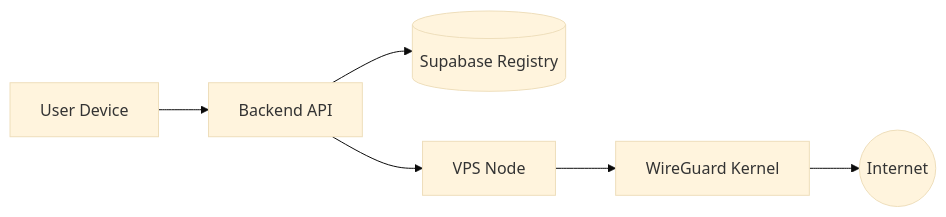
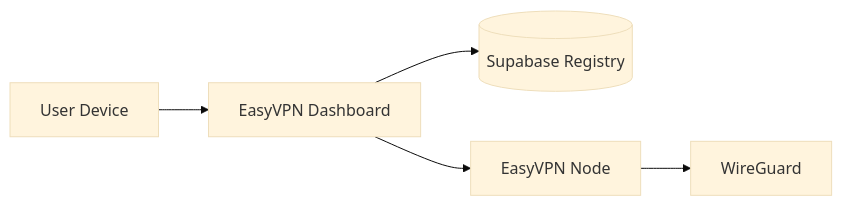
Before and after one commit to Erebus9456/EasyVPN-Backend: the first of 2 diagrams in README.md, drawn with Mermaid (base theme). The commit also changed other lines of this file and 2 other files, not shown here.

Commit message:
docs: update README for clarity and improved descriptions of EasyVPN features and architecture

````diff
--- a/README.md
+++ b/README.md
@@ -63,15 +56,14 @@
 ```mermaid
 flowchart LR
 
     User[User Device]
-    API[Backend API]
-    DB[(Supabase Registry)]
-    VPS[VPS Node]
-    WG[WireGuard Kernel]
+    Dashboard[EasyVPN Dashboard]
+    Registry[(Supabase Registry)]
+    VPS[EasyVPN Node]
+    WG[WireGuard]
 
-    User --> API
-    API --> DB
-    API --> VPS
+    User --> Dashboard
+    Dashboard --> Registry
+    Dashboard --> VPS
     VPS --> WG
-    WG --> Internet((Internet))
 ```
````
